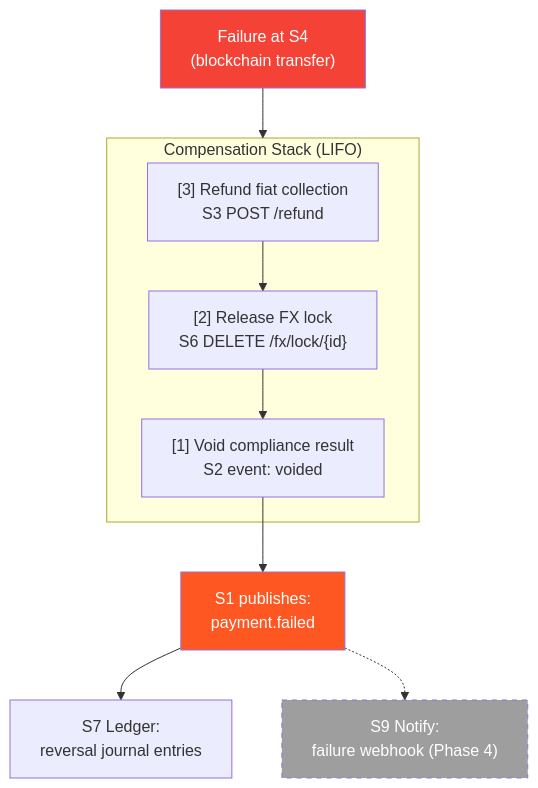
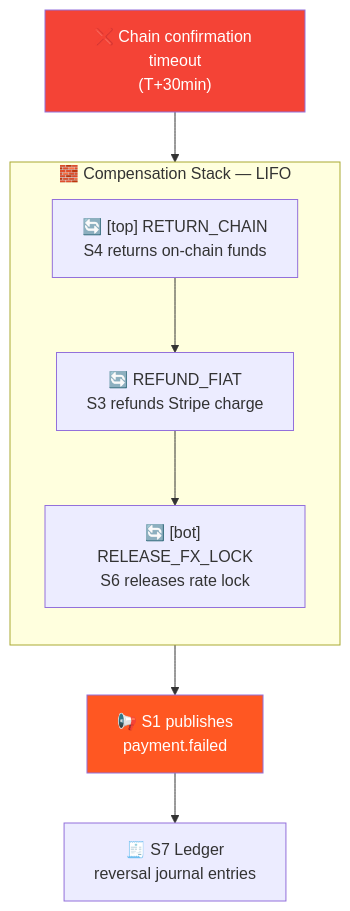
The fourth of 5 diagrams in README.md (Puneethkumarck/stablebridge-platform), drawn with Mermaid before and after one commit. The commit also changed other lines of this file, not shown here.

````diff
--- a/README.md
+++ b/README.md
@@ -336,19 +287,18 @@
 ```mermaid
-graph TD
-    FAIL["Failure at S4\n(blockchain transfer)"] --> STACK
+flowchart TB
+    FAIL["❌ Chain confirmation timeout<br/>(T+30min)"] --> STACK
 
-    subgraph STACK ["Compensation Stack (LIFO)"]
-        C3["[3] Refund fiat collection\nS3 POST /refund"]
-        C2["[2] Release FX lock\nS6 DELETE /fx/lock/{id}"]
-        C1["[1] Void compliance result\nS2 event: voided"]
+    subgraph STACK["🧱 Compensation Stack — LIFO"]
+        direction TB
+        C3["🔄 [top] RETURN_CHAIN<br/>S4 returns on-chain funds"]
+        C2["🔄 REFUND_FIAT<br/>S3 refunds Stripe charge"]
+        C1["🔄 [bot] RELEASE_FX_LOCK<br/>S6 releases rate lock"]
         C3 --> C2 --> C1
     end
 
-    C1 --> PF["S1 publishes:\npayment.failed"]
-    PF --> S7["S7 Ledger:\nreversal journal entries"]
-    PF -.-> S9["S9 Notify:\nfailure webhook (Phase 4)"]
+    C1 --> PF["📢 S1 publishes<br/>payment.failed"]
+    PF --> S7["🧾 S7 Ledger<br/>reversal journal entries"]
 
     style FAIL fill:#f44336,color:#fff
     style PF fill:#FF5722,color:#fff
-    style S9 fill:#9E9E9E,color:#fff,stroke-dasharray: 5 5
 ```
````
